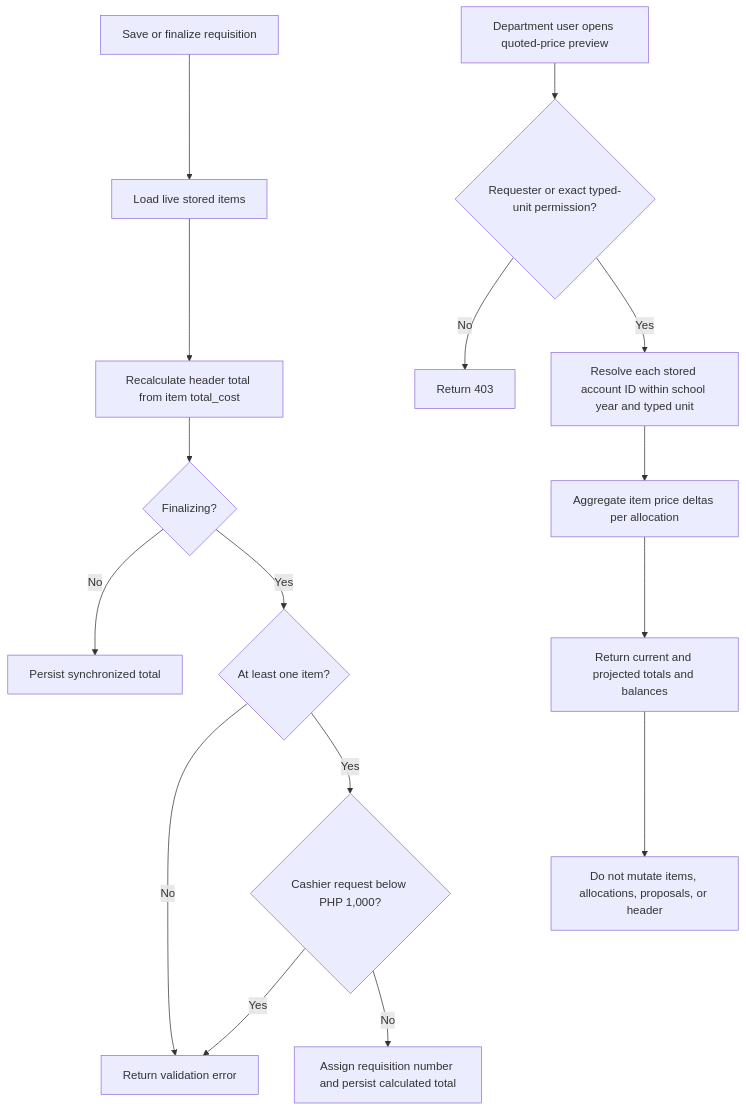
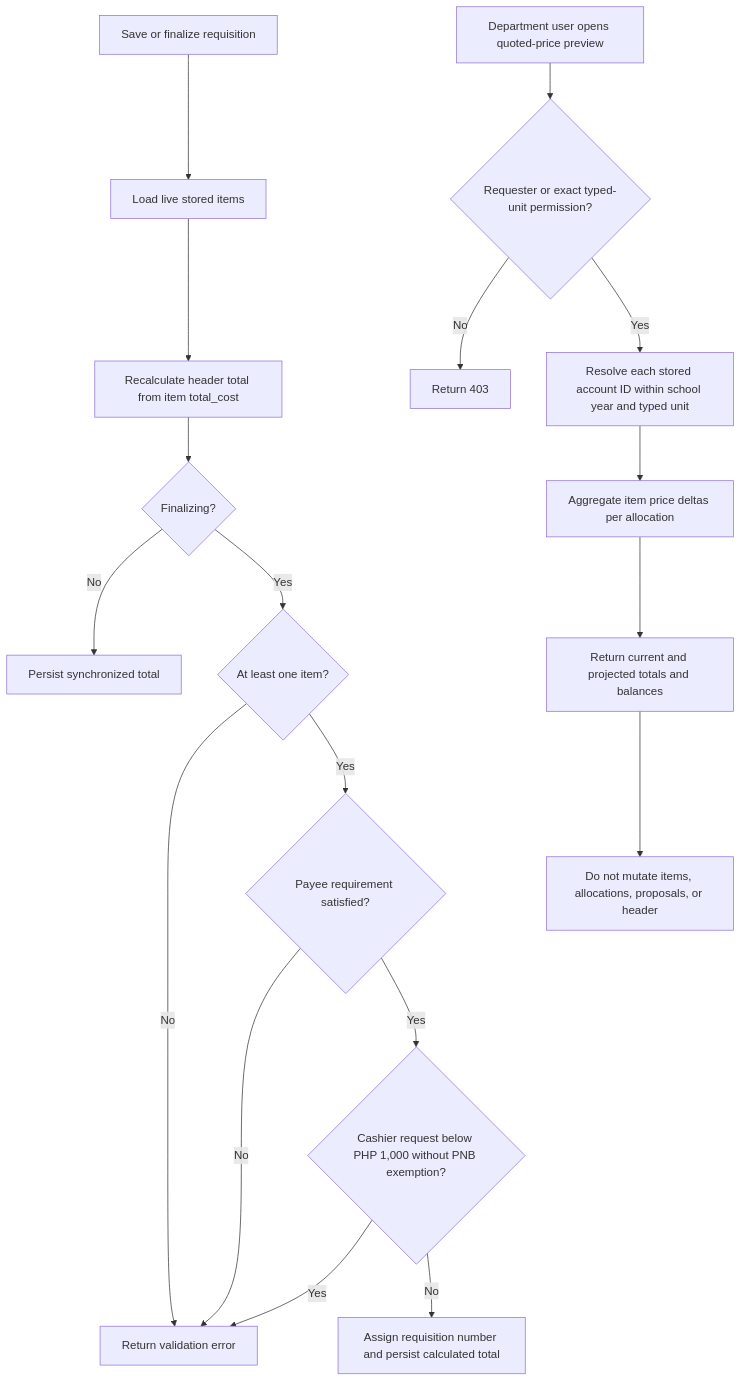
The sixth of 23 diagrams in docs/abms/flowcharts.md (AdamsonUniversity-ITC/adulivev6-monorepo), drawn with Mermaid before and after one commit. The commit also changed other lines of this file and 43 other files, not shown here.

````diff
--- a/docs/abms/flowcharts.md
+++ b/docs/abms/flowcharts.md
@@ -96,19 +111,21 @@
 ```mermaid
 flowchart TD
     A[Save or finalize requisition] --> B[Load live stored items]
     B --> C[Recalculate header total from item total_cost]
     C --> D{Finalizing?}
     D -- No --> E[Persist synchronized total]
     D -- Yes --> F{At least one item?}
     F -- No --> X[Return validation error]
-    F -- Yes --> G{Cashier request below PHP 1,000?}
+    F -- Yes --> FP{Payee requirement satisfied?}
+    FP -- No --> X
+    FP -- Yes --> G{Cashier request below PHP 1,000 without PNB exemption?}
     G -- Yes --> X
     G -- No --> H[Assign requisition number and persist calculated total]
 
     P[Department user opens quoted-price preview] --> Q{Requester or exact typed-unit permission?}
     Q -- No --> Y[Return 403]
     Q -- Yes --> R[Resolve each stored account ID within school year and typed unit]
     R --> S[Aggregate item price deltas per allocation]
     S --> T[Return current and projected totals and balances]
     T --> U[Do not mutate items, allocations, proposals, or header]
 ```
````
